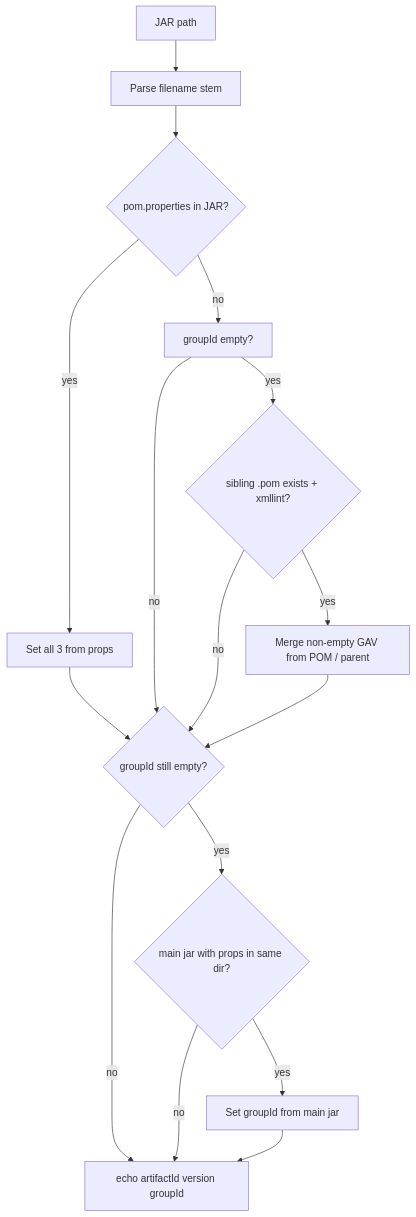
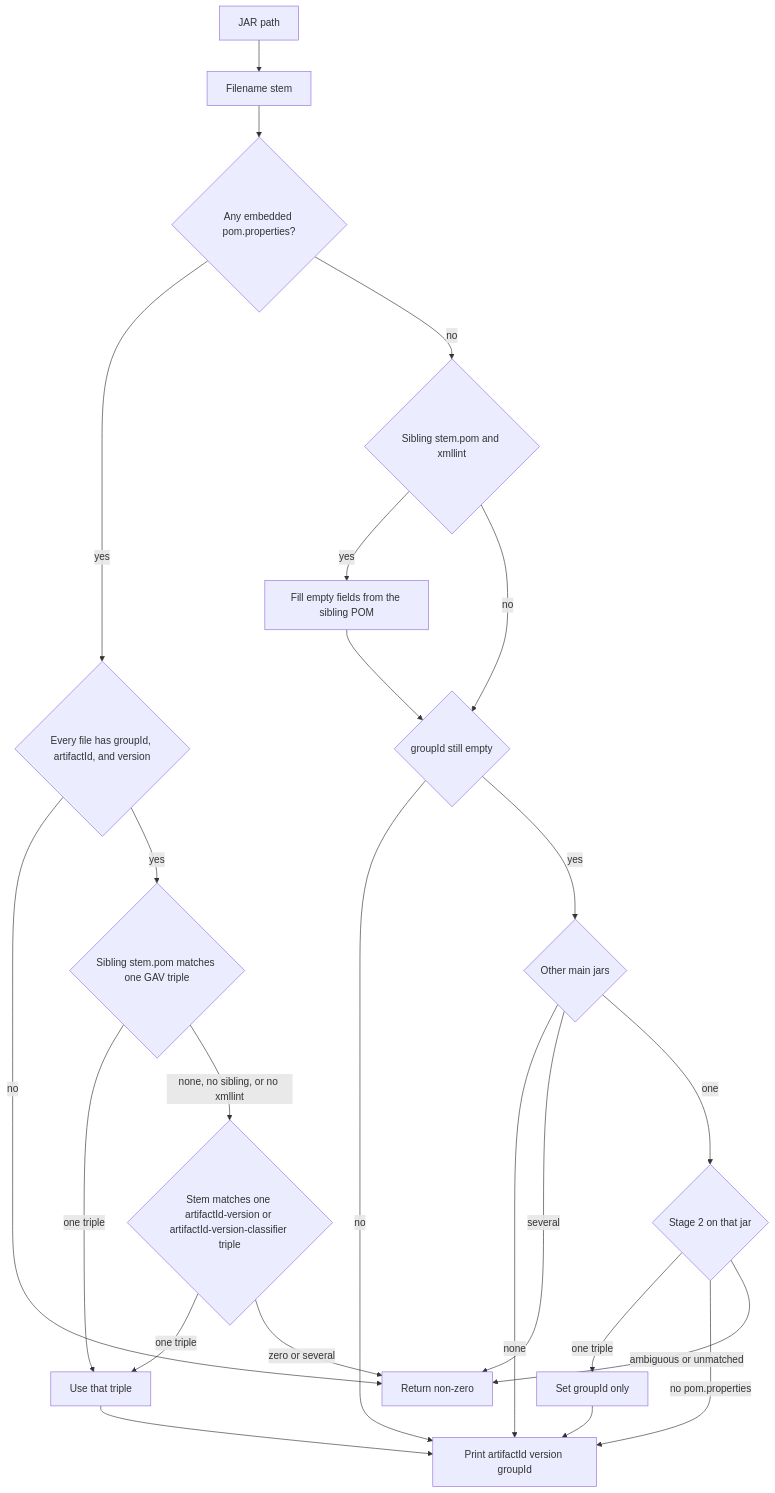
Before and after one commit to aerospike/shared-workflows: the diagram in .github/workflows/docs/maven_lookup.md, drawn with Mermaid. The commit also changed other lines of this file and 4 other files, not shown here.

````diff
--- a/.github/workflows/docs/maven_lookup.md
+++ b/.github/workflows/docs/maven_lookup.md
@@ -126,18 +133,26 @@
 ```mermaid
 flowchart TD
-    A[JAR path] --> B[Parse filename stem]
-    B --> C{pom.properties in JAR?}
-    C -->|yes| D[Set all 3 from props]
-    C -->|no| E[groupId empty?]
-    D --> H{groupId still empty?}
-    E -->|yes| F{sibling .pom exists + xmllint?}
-    E -->|no| H
-    F -->|yes| G[Merge non-empty GAV from POM / parent]
-    F -->|no| H
-    G --> H
-    H -->|yes| I{main jar with props in same dir?}
-    H -->|no| J["echo artifactId version groupId"]
-    I -->|yes| K[Set groupId from main jar]
-    I -->|no| J
-    K --> J
+    start["JAR path"] --> stem["Filename stem"]
+    stem --> any{"Any embedded pom.properties?"}
+    any -->|yes| fields{"Every file has groupId, artifactId, and version"}
+    fields -->|no| fail["Return non-zero"]
+    fields -->|yes| gav{"Sibling stem.pom matches one GAV triple"}
+    gav -->|one triple| use["Use that triple"]
+    gav -->|none, no sibling, or no xmllint| base{"Stem matches one artifactId-version or artifactId-version-classifier triple"}
+    base -->|one triple| use
+    base -->|zero or several| fail
+    use --> emit["Print artifactId version groupId"]
+    any -->|no| sib{"Sibling stem.pom and xmllint"}
+    sib -->|yes| merge["Fill empty fields from the sibling POM"]
+    sib -->|no| empty{"groupId still empty"}
+    merge --> empty
+    empty -->|no| emit
+    empty -->|yes| mains{"Other main jars"}
+    mains -->|none| emit
+    mains -->|several| fail
+    mains -->|one| sel{"Stage 2 on that jar"}
+    sel -->|one triple| gid["Set groupId only"]
+    sel -->|no pom.properties| emit
+    sel -->|ambiguous or unmatched| fail
+    gid --> emit
 ```
````
